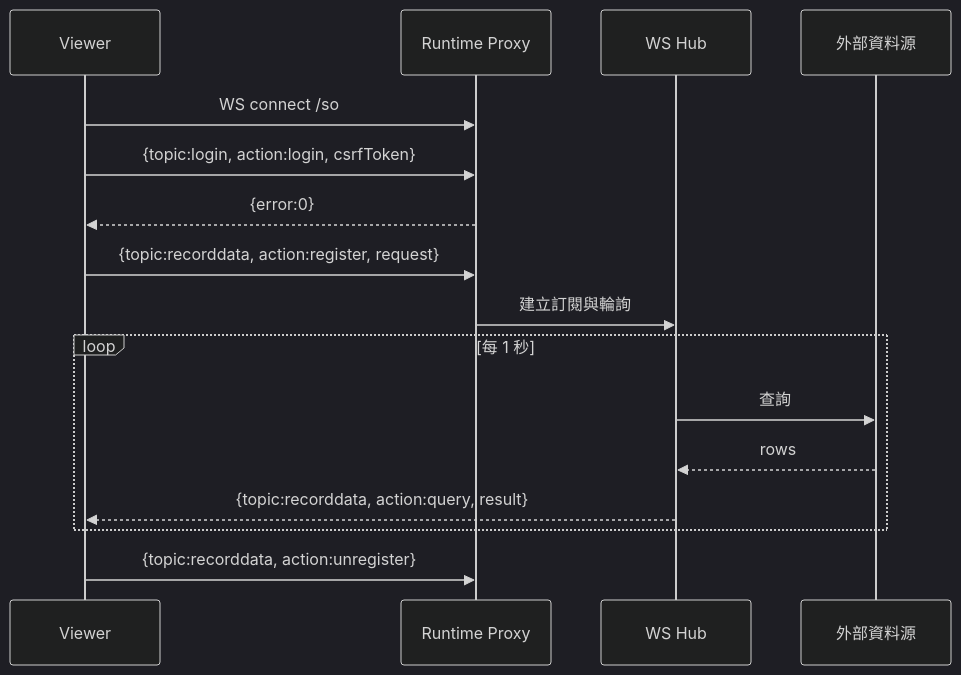
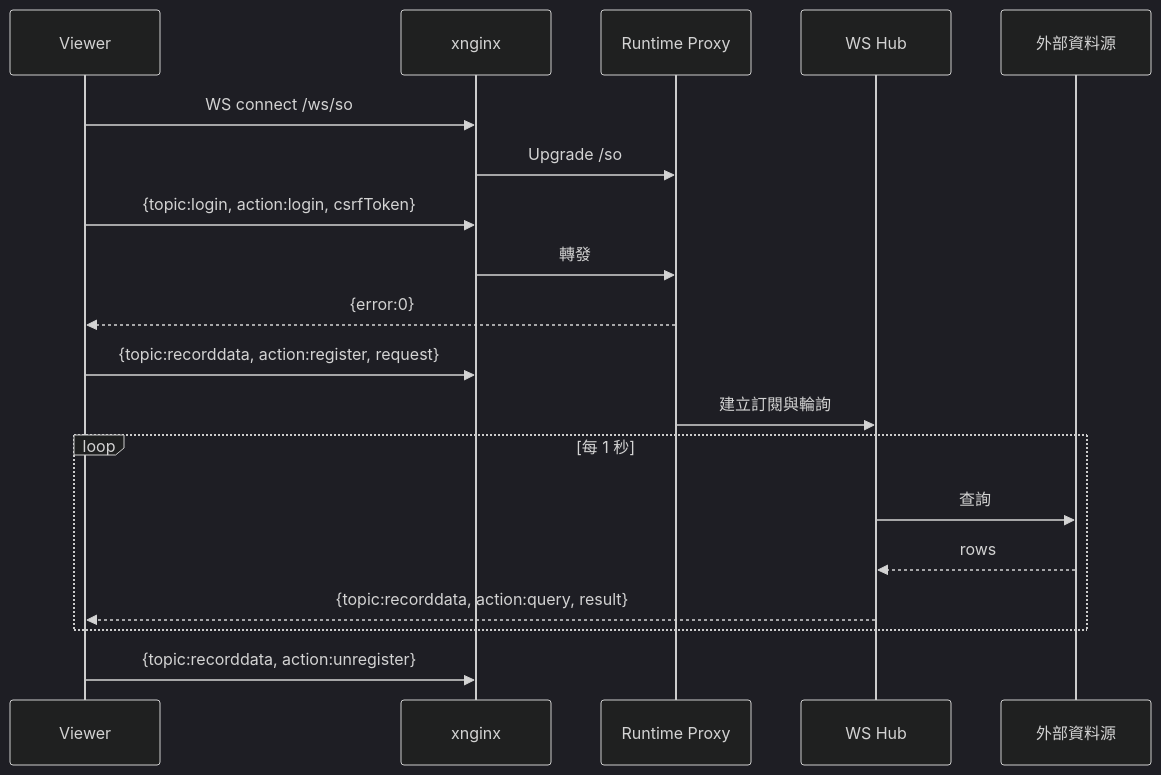
Before and after one commit to PochengChen-del/EdgeViewDoc: the sixth of 8 diagrams in SDS/02_System_Architecture.md, drawn with Mermaid (dark theme). The commit also changed other lines of this file and 19 other files, not shown here.

````diff
--- a/SDS/02_System_Architecture.md
+++ b/SDS/02_System_Architecture.md
@@ -219,18 +253,21 @@
 ```mermaid
 sequenceDiagram
     participant V as Viewer
+    participant N as xnginx
     participant R as Runtime Proxy
     participant WS as WS Hub
     participant DB as 外部資料源
-    V->>R: WS connect /so
-    V->>R: {topic:login, action:login, csrfToken}
+    V->>N: WS connect /ws/so
+    N->>R: Upgrade /so
+    V->>N: {topic:login, action:login, csrfToken}
+    N->>R: 轉發
     R-->>V: {error:0}
-    V->>R: {topic:recorddata, action:register, request}
+    V->>N: {topic:recorddata, action:register, request}
     R->>WS: 建立訂閱與輪詢
     loop 每 1 秒
         WS->>DB: 查詢
         DB-->>WS: rows
         WS-->>V: {topic:recorddata, action:query, result}
     end
-    V->>R: {topic:recorddata, action:unregister}
+    V->>N: {topic:recorddata, action:unregister}
 ```
````
